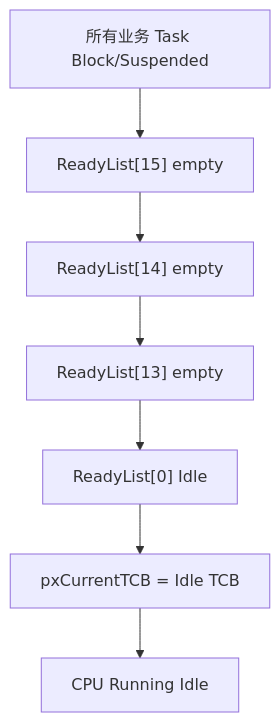
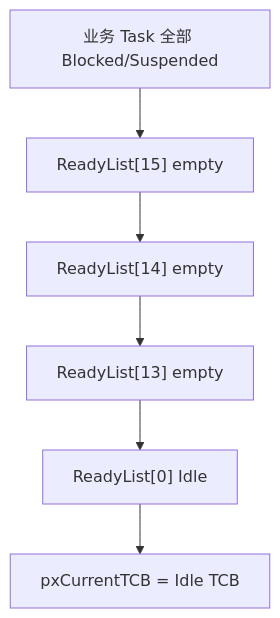
The eighth of 9 diagrams in RTOS/003_FreeRTOS_Scheduler_ReadyList_Deep_Dive.md (redamacy/embedded-system-notes), drawn with Mermaid before and after one commit. The commit also changed other lines of this file, not shown here.

````diff
--- a/RTOS/003_FreeRTOS_Scheduler_ReadyList_Deep_Dive.md
+++ b/RTOS/003_FreeRTOS_Scheduler_ReadyList_Deep_Dive.md
@@ -1402,9 +1029,8 @@
 ```mermaid
 flowchart TD
-    A["所有业务 Task Block/Suspended"] --> B["ReadyList[15] empty"]
+    A["业务 Task 全部 Blocked/Suspended"] --> B["ReadyList[15] empty"]
     B --> C["ReadyList[14] empty"]
     C --> D["ReadyList[13] empty"]
     D --> E["ReadyList[0] Idle"]
     E --> F["pxCurrentTCB = Idle TCB"]
-    F --> G["CPU Running Idle"]
 ```
````
